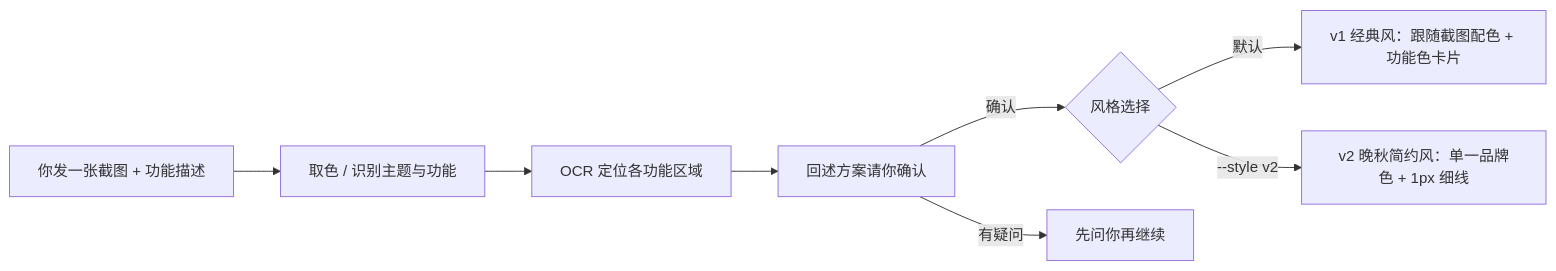
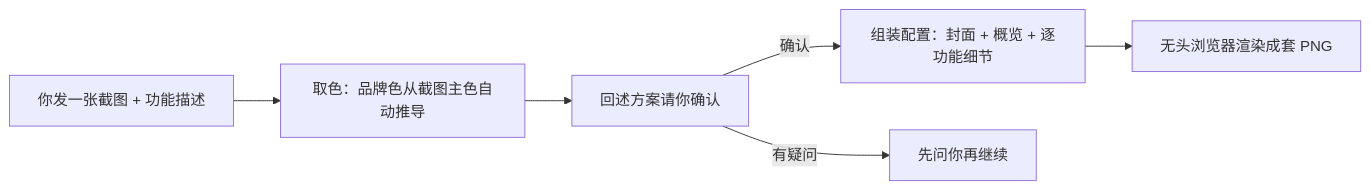
One commit to Wanqiu12345/screenshot-infographic-skill changed the first of 2 diagrams in README.md. Above: the diagram before and after it, drawn with Mermaid. The commit also changed other lines of this file and 13 other files, not shown here.

````diff
--- a/README.md
+++ b/README.md
@@ -306,10 +226,8 @@
 ```mermaid
 flowchart LR
-    A[你发一张截图 + 功能描述] --> B[取色 / 识别主题与功能]
-    B --> C[OCR 定位各功能区域]
-    C --> D[回述方案请你确认]
-    D -->|确认| S{风格选择}
-    S -->|默认| E1[v1 经典风：跟随截图配色 + 功能色卡片]
-    S -->|--style v2| E2[v2 晚秋简约风：单一品牌色 + 1px 细线]
-    D -->|有疑问| F[先问你再继续]
+    A[你发一张截图 + 功能描述] --> B[取色：品牌色从截图主色自动推导]
+    B --> C[回述方案请你确认]
+    C -->|确认| D[组装配置：封面 + 概览 + 逐功能细节]
+    D --> E[无头浏览器渲染成套 PNG]
+    C -->|有疑问| F[先问你再继续]
 ```
````
